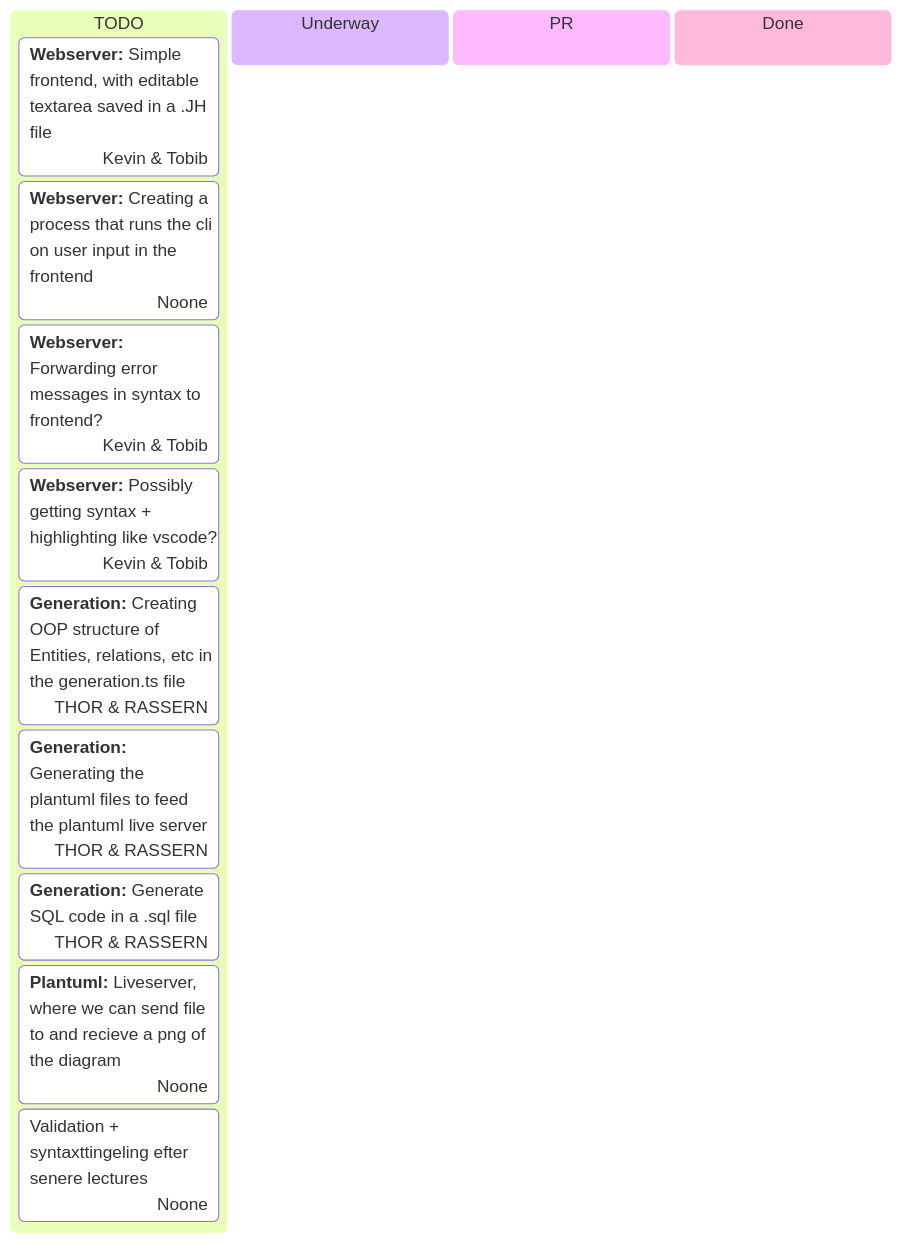
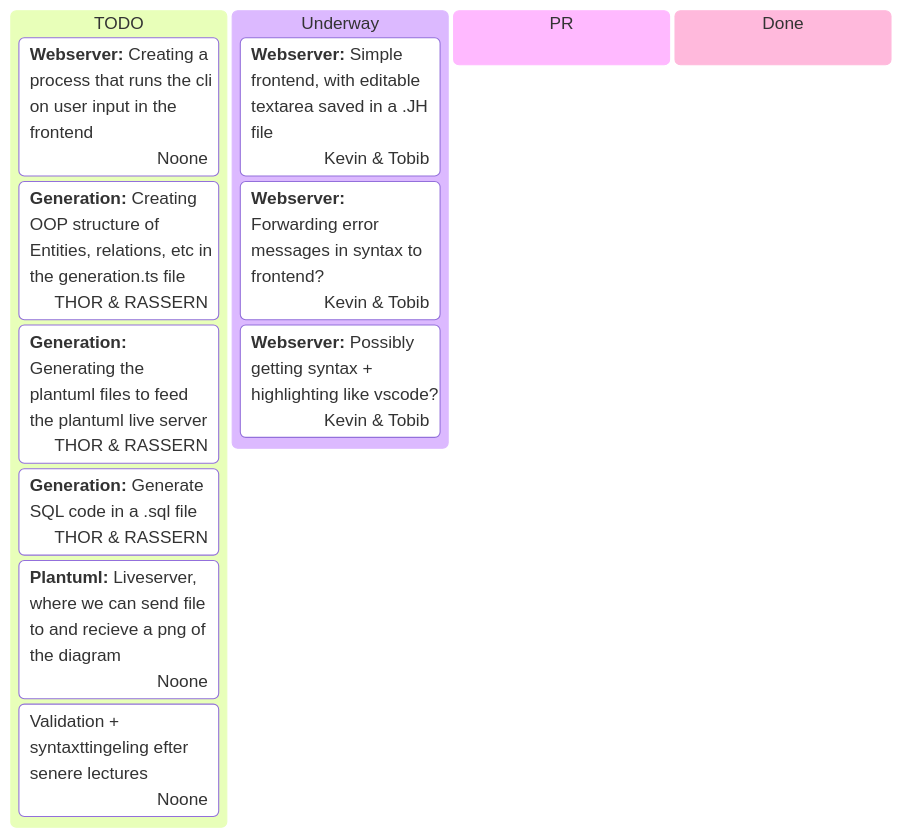
The diagram in Plan.md (TobiasBak/mdsd), drawn with Mermaid before and after one commit. The commit also changed other lines of this file and 2 other files, not shown here.

````diff
--- a/Plan.md
+++ b/Plan.md
@@ -1,18 +1,18 @@
 ```mermaid
 kanban
     column1[TODO]
-        task1[**Webserver:** Simple frontend, with editable textarea saved in a .JH file]@{assigned: Kevin & Tobib}
         task7[**Webserver:** Creating a process that runs the cli on user input in the frontend]@{assigned: Noone}
-        task8[**Webserver:** Forwarding error messages in syntax to frontend?]@{assigned: Kevin & Tobib}
-        task2[**Webserver:** Possibly getting syntax + highlighting like vscode?]@{assigned: Kevin & Tobib}
         task4[**Generation:** Creating OOP structure of Entities, relations, etc in the generation.ts file]@{assigned: THOR & RASSERN}
         task5[**Generation:** Generating the plantuml files to feed the plantuml live server]@{assigned: THOR & RASSERN}
         task6[**Generation:** Generate SQL code in a .sql file]@{assigned: THOR & RASSERN}
         task3[**Plantuml:** Liveserver, where we can send file to and recieve a png of the diagram]@{assigned: Noone}
         task9[Validation + syntaxttingeling efter senere lectures]@{assigned: Noone}
     column2[Underway]
+        task1[**Webserver:** Simple frontend, with editable textarea saved in a .JH file]@{assigned: Kevin & Tobib}
+        task8[**Webserver:** Forwarding error messages in syntax to frontend?]@{assigned: Kevin & Tobib}
+        task2[**Webserver:** Possibly getting syntax + highlighting like vscode?]@{assigned: Kevin & Tobib}
     column3[PR]
     column4[Done]
         
 
 ```
````
